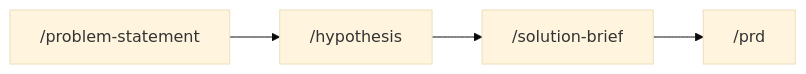
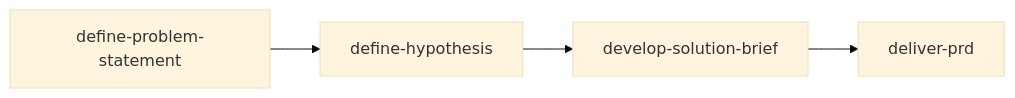
Before and after one commit to product-on-purpose/pm-skills: the first of 6 diagrams in docs/guides/recipes.md, drawn with Mermaid (base theme). The commit also changed other lines of this file and 187 other files, not shown here.

````diff
--- a/docs/guides/recipes.md
+++ b/docs/guides/recipes.md
@@ -15,6 +15,6 @@
 ```mermaid
 flowchart LR
-    A["/problem-statement"] --> B["/hypothesis"]
-    B --> C["/solution-brief"]
-    C --> D["/prd"]
+    A["define-problem-statement"] --> B["define-hypothesis"]
+    B --> C["develop-solution-brief"]
+    C --> D["deliver-prd"]
 ```
````
